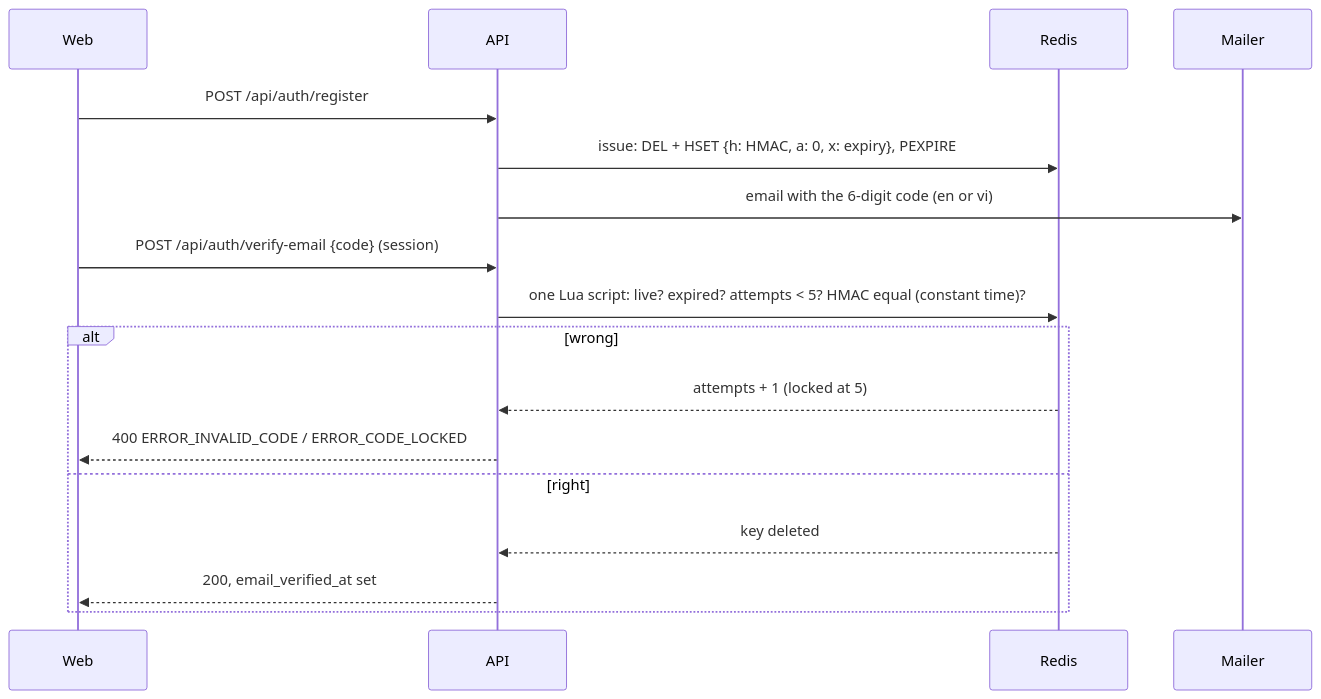
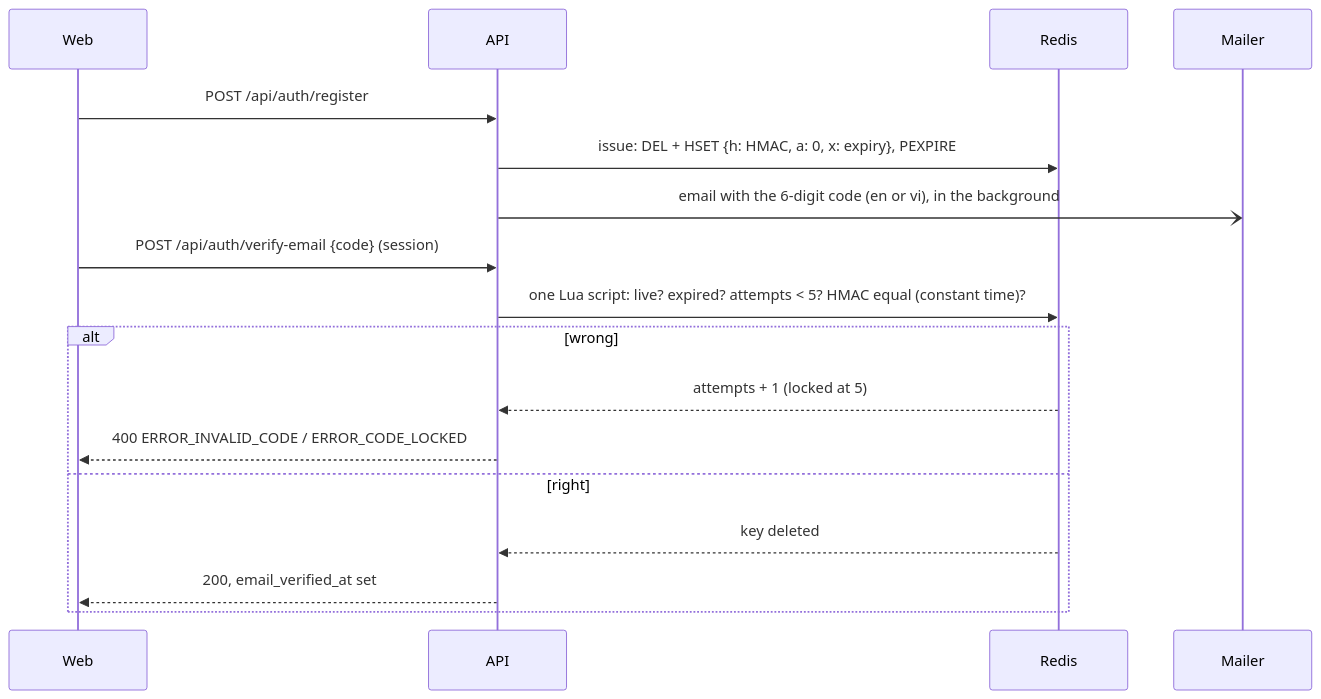
One commit to danyaa666/smemories changed the diagram in docs/auth-otp.md. Above: the diagram before and after it, drawn with Mermaid. The commit also changed other lines of this file and 37 other files, not shown here.

````diff
--- a/docs/auth-otp.md
+++ b/docs/auth-otp.md
@@ -7,19 +7,19 @@
 ```mermaid
 sequenceDiagram
     participant W as Web
     participant A as API
     participant R as Redis
     participant M as Mailer
     W->>A: POST /api/auth/register
     A->>R: issue: DEL + HSET {h: HMAC, a: 0, x: expiry}, PEXPIRE
-    A->>M: email with the 6-digit code (en or vi)
+    A-)M: email with the 6-digit code (en or vi), in the background
     W->>A: POST /api/auth/verify-email {code} (session)
     A->>R: one Lua script: live? expired? attempts < 5? HMAC equal (constant time)?
     alt wrong
         R-->>A: attempts + 1 (locked at 5)
         A-->>W: 400 ERROR_INVALID_CODE / ERROR_CODE_LOCKED
     else right
         R-->>A: key deleted
         A-->>W: 200, email_verified_at set
     end
 ```
````
